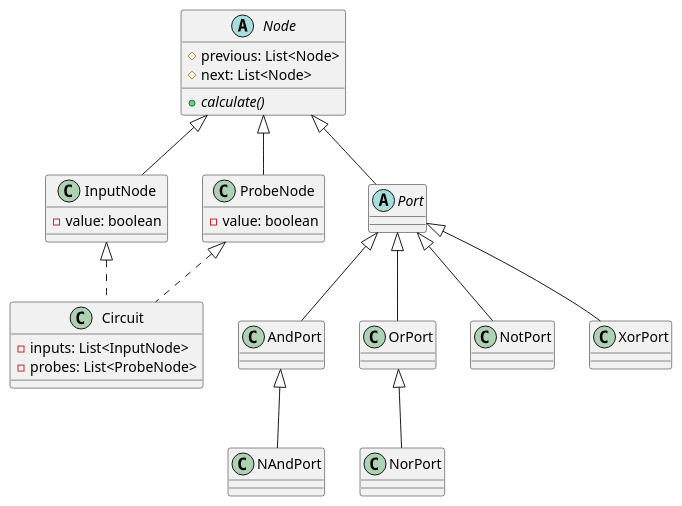
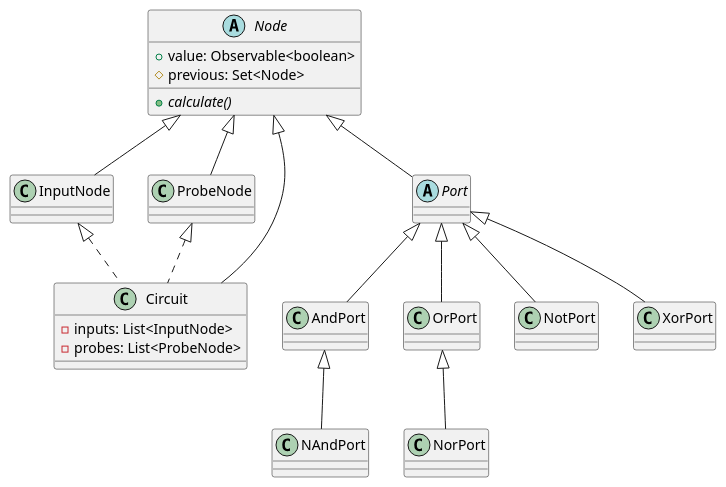
One commit to stevenliebregt/avans-dp1-sirkwie changed the diagram in docs/diagrams/dkd.puml. Above: the diagram before and after it, drawn with PlantUML.

```diff
--- a/docs/diagrams/dkd.puml
+++ b/docs/diagrams/dkd.puml
@@ -1,56 +1,55 @@
 @startuml
 ' Nodes
 abstract class Node {
-    #previous: List<Node>
-    #next: List<Node>
+    +value: Observable<boolean>
+    #previous: Set<Node>
 
     +{abstract} calculate()
 }
 
 class InputNode {
-    -value: boolean
 }
 Node <|-- InputNode
 
 class ProbeNode {
-    -value: boolean
 }
 Node <|-- ProbeNode
 
 ' Ports
 abstract class Port {
 }
 Node <|-- Port
 
 class AndPort {
 }
 Port <|-- AndPort
 
 class NAndPort {
 }
 AndPort <|-- NAndPort
 
 class OrPort {
 }
 Port <|-- OrPort
 
 class NorPort {
 }
 OrPort <|-- NorPort
 
 class NotPort {
 }
 Port <|-- NotPort
 
 class XorPort {
 }
 Port <|-- XorPort
 
 ' Circuit
 class Circuit {
     -inputs: List<InputNode>
     -probes: List<ProbeNode>
 }
 InputNode <|.. Circuit
 ProbeNode <|.. Circuit
+Node <|-- Circuit
 @enduml
```
